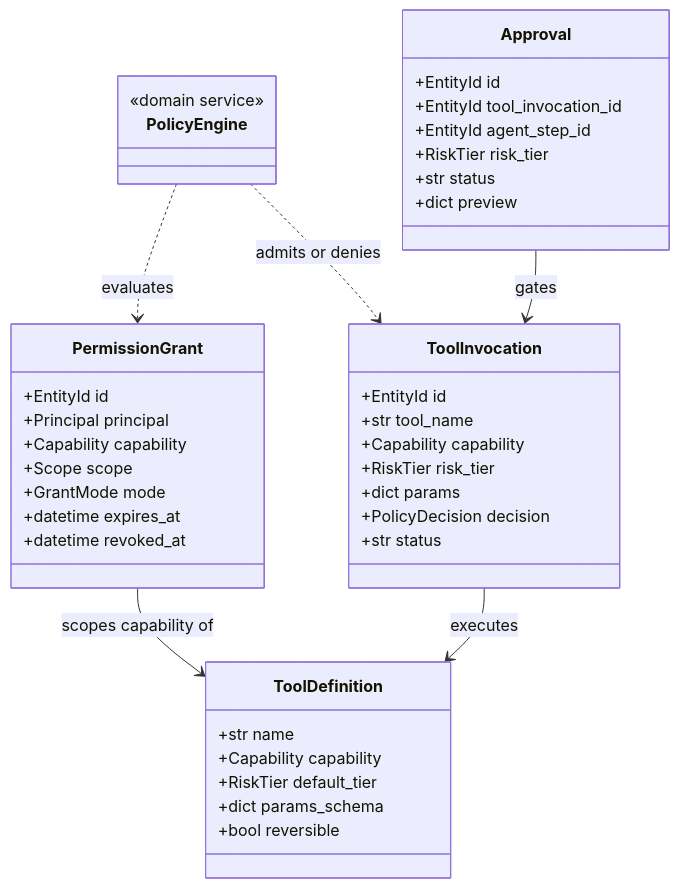
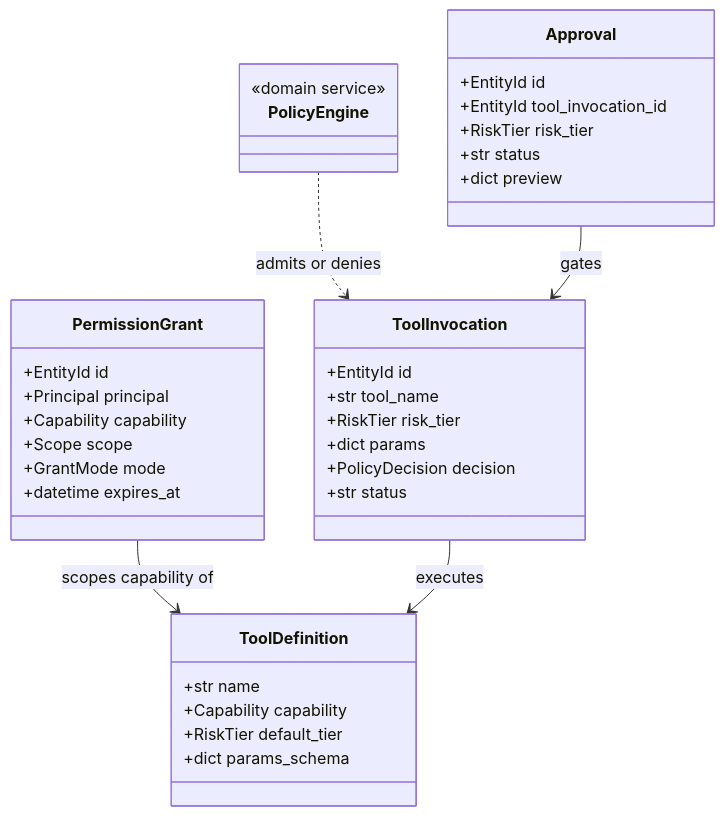
The third of 3 diagrams in docs/10-domain-model.md (DJADeveloper/Atlas-AI), drawn with Mermaid before and after one commit. The commit also changed other lines of this file and 3 other files, not shown here.

First line of the commit message:
docs: add sequence flows and cost strategy; refine domain and infra docs

````diff
--- a/docs/10-domain-model.md
+++ b/docs/10-domain-model.md
@@ -338,44 +336,39 @@
 ```mermaid
 classDiagram
     class ToolDefinition {
       +str name
       +Capability capability
       +RiskTier default_tier
       +dict params_schema
-      +bool reversible
     }
     class PermissionGrant {
       +EntityId id
       +Principal principal
       +Capability capability
       +Scope scope
       +GrantMode mode
       +datetime expires_at
-      +datetime revoked_at
     }
     class Approval {
       +EntityId id
       +EntityId tool_invocation_id
-      +EntityId agent_step_id
       +RiskTier risk_tier
       +str status
       +dict preview
     }
     class ToolInvocation {
       +EntityId id
       +str tool_name
-      +Capability capability
       +RiskTier risk_tier
       +dict params
       +PolicyDecision decision
       +str status
     }
     class PolicyEngine {
       <<domain service>>
     }
     PermissionGrant --> ToolDefinition : scopes capability of
-    PolicyEngine ..> PermissionGrant : evaluates
     PolicyEngine ..> ToolInvocation : admits or denies
     Approval --> ToolInvocation : gates
     ToolInvocation --> ToolDefinition : executes
 ```
````
